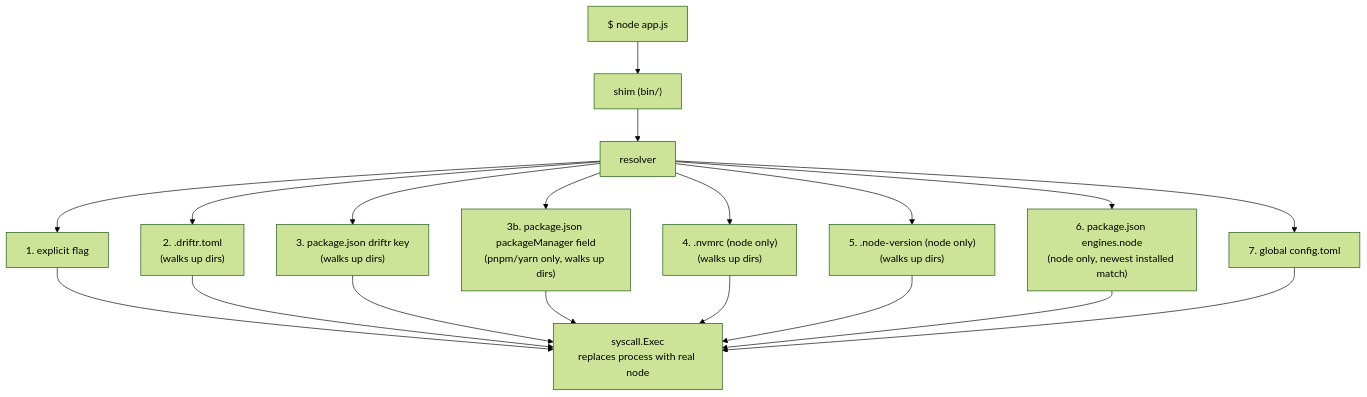
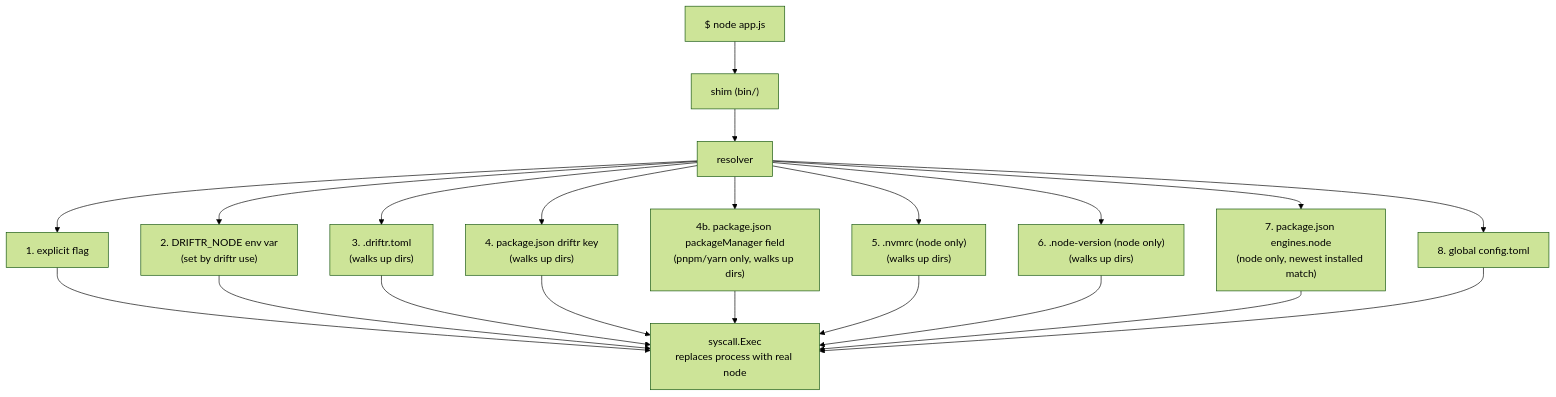
Before and after one commit to StackMade/Driftr: the diagram in README.md, drawn with Mermaid (forest theme). The commit also changed other lines of this file and 9 other files, not shown here.

First line of the commit message:
feat(use): per-shell version override via DRIFTR_<TOOL>

````diff
--- a/README.md
+++ b/README.md
@@ -152,14 +153,15 @@
 ```mermaid
 flowchart TD
     A["$ node app.js"] --> B["shim (bin/)"]
     B --> C["resolver"]
     C --> C1["1. explicit flag"]
-    C --> C2["2. .driftr.toml\n(walks up dirs)"]
-    C --> C3["3. package.json driftr key\n(walks up dirs)"]
-    C --> C4["4. .nvmrc (node only)\n(walks up dirs)"]
-    C --> C5["5. .node-version (node only)\n(walks up dirs)"]
-    C --> C6["6. package.json engines.node\n(node only, newest installed match)"]
-    C --> C7["7. global config.toml"]
-    C --> C3b["3b. package.json packageManager field\n(pnpm/yarn only, walks up dirs)"]
-    C1 & C2 & C3 & C3b & C4 & C5 & C6 & C7 --> D["syscall.Exec\nreplaces process with real node"]
+    C --> C1b["2. DRIFTR_NODE env var\n(set by driftr use)"]
+    C --> C2["3. .driftr.toml\n(walks up dirs)"]
+    C --> C3["4. package.json driftr key\n(walks up dirs)"]
+    C --> C4["5. .nvmrc (node only)\n(walks up dirs)"]
+    C --> C5["6. .node-version (node only)\n(walks up dirs)"]
+    C --> C6["7. package.json engines.node\n(node only, newest installed match)"]
+    C --> C7["8. global config.toml"]
+    C --> C3b["4b. package.json packageManager field\n(pnpm/yarn only, walks up dirs)"]
+    C1 & C1b & C2 & C3 & C3b & C4 & C5 & C6 & C7 --> D["syscall.Exec\nreplaces process with real node"]
 ```
````
